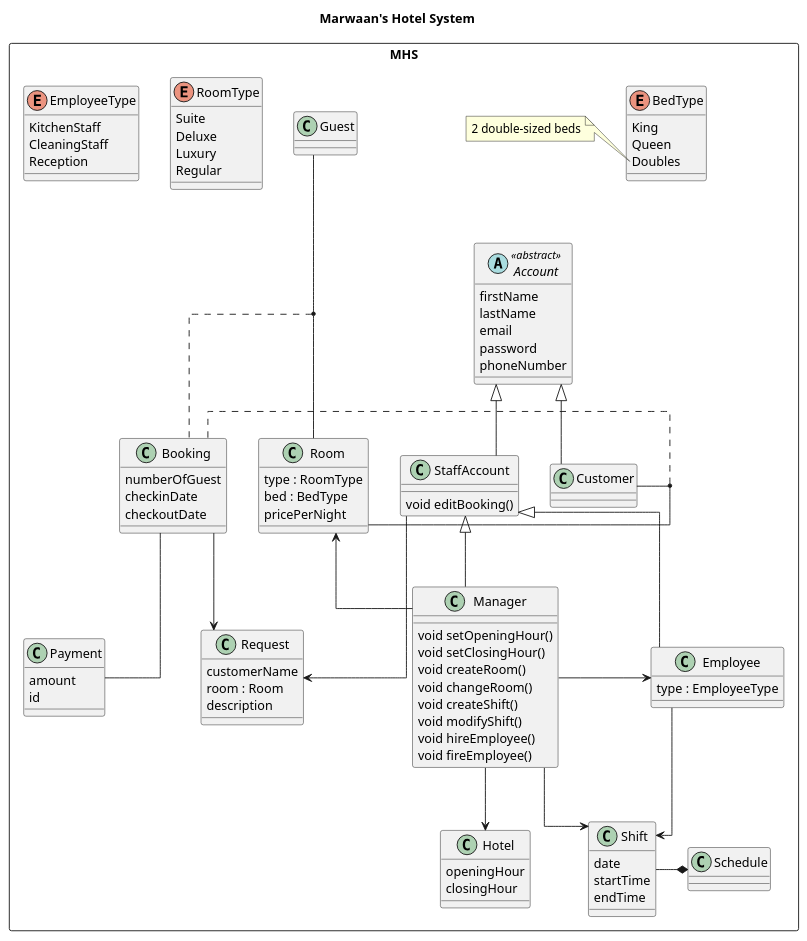
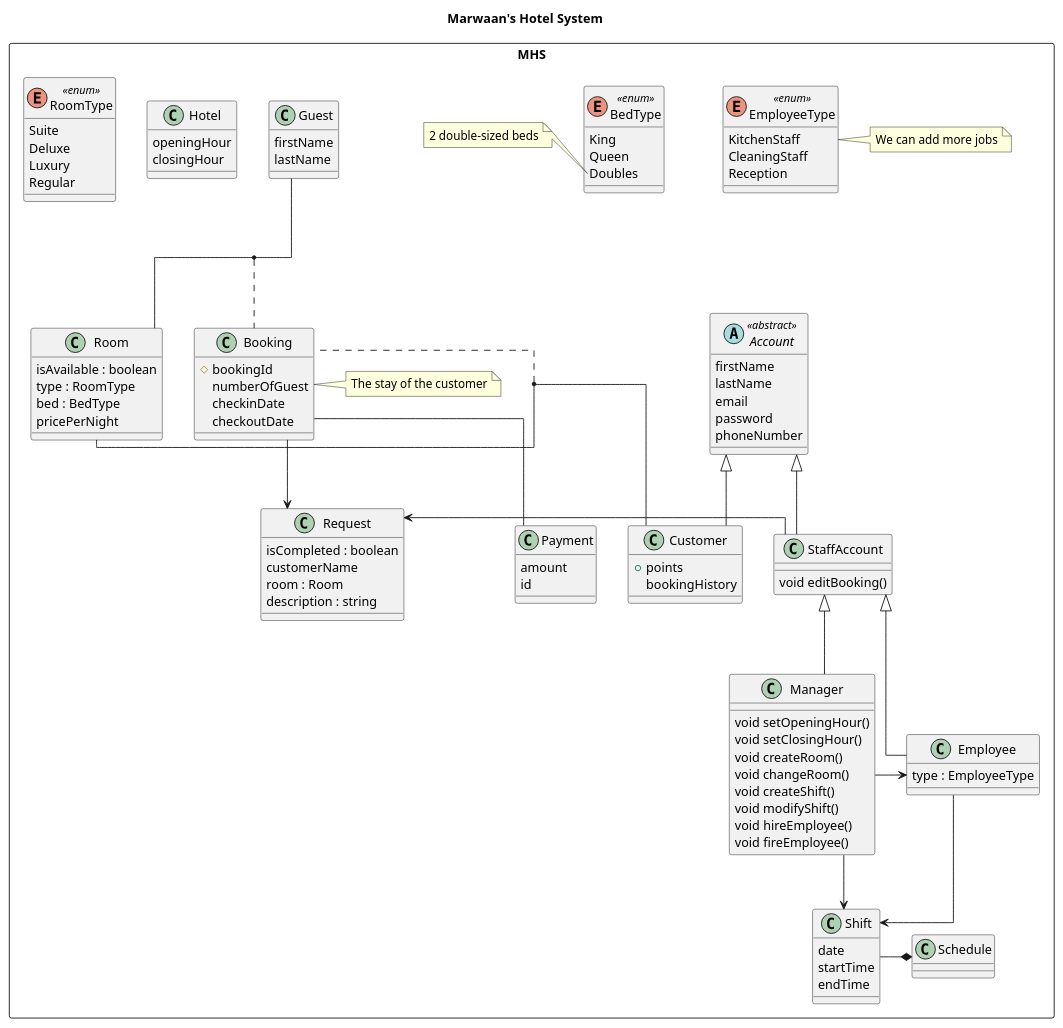
The diagram in UML/DomainModel.plantuml (notkaramel/ECSE321-Mar1HotelSystem), drawn with PlantUML before and after one commit.

Commit message:
More adjustments to the domain model after group meeting of September 20

```diff
--- a/UML/DomainModel.plantuml
+++ b/UML/DomainModel.plantuml
@@ -1,131 +1,143 @@
 @startuml MHS
 title Marwaan's Hotel System
 top to bottom direction
 skinparam linetype ortho
 
 package MHS <<Rectangle>> {
     together {
 
         abstract Class Account <<abstract>>{
             firstName
             lastName
             email
             password
             phoneNumber
         }
 
         Class StaffAccount {
             void editBooking()
         }
 
         Account <|-down- StaffAccount
         Account <|-down- Customer
 
         Class Manager {
             void setOpeningHour()
             void setClosingHour()
             void createRoom()
             void changeRoom()
             void createShift()
             void modifyShift()
             void hireEmployee()
             void fireEmployee()
         }
 
         Class Employee {
             type : EmployeeType
         }
 
-        StaffAccount <|-down- Manager
-        StaffAccount <|-down- Employee
-
-
         Class Customer {
+            + points
+            bookingHistory
         }
     }
-    Class Guest
+    Class Guest {
+        firstName
+        lastName
+    }
 
     together {
 
         Class Room {
+            isAvailable : boolean
             type : RoomType
             bed : BedType
             pricePerNight
         }
 
         Class Booking {
+            # bookingId
             numberOfGuest
             checkinDate
             checkoutDate
         }
+        note right of Booking
+            The stay of the customer
+        end note
 
         Class Request {
+            isCompleted : boolean
             customerName
             room : Room
-            description
+            description : string
         }
     }
 
 
     Class Hotel {
         openingHour
         closingHour
     }
 
     Class Payment {
         amount
         id
     }
 
     Class Shift {
         date
         startTime
         endTime
     }
 
     Class Schedule
 
-
-    Manager --> Room
-    Manager --> Hotel
+    ' Manager --> Room
+    ' Manager --> Hotel
 
     Manager -left-> Employee
     StaffAccount --> Request
 
     Employee --> Shift
 
     Manager --> Shift
 
     Booking -- Payment
     Booking --> Request
 
     Room -up- Customer
-    (Customer, Room) .right. Booking
+    (Customer, Room) .. Booking
 
     Guest -down- Room
     (Guest, Room) ... Booking
     Shift -right-* Schedule
-
-    enum RoomType {
+    StaffAccount <|-down- Manager
+    StaffAccount <|-down- Employee
+    enum RoomType <<enum>> {
         Suite
         Deluxe
         Luxury
         Regular
     }
 
-    enum BedType {
+    enum BedType <<enum>> {
         King
         Queen
         Doubles
     }
 
-    enum EmployeeType {
+    enum EmployeeType <<enum>> {
         KitchenStaff
         CleaningStaff
         Reception
     }
+
+    note right of EmployeeType
+        We can add more jobs
+    end note
+
     note left of BedType::Doubles
     2 double-sized beds
     end note
 }
 @enduml
```
